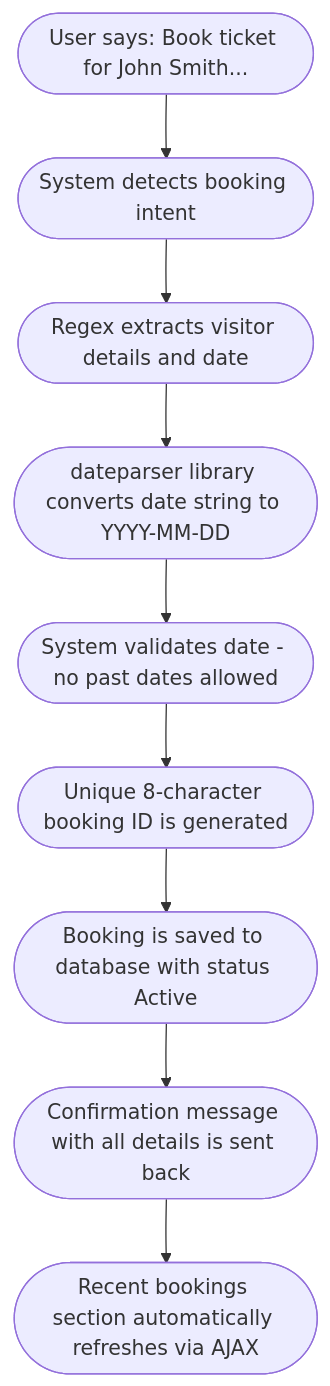
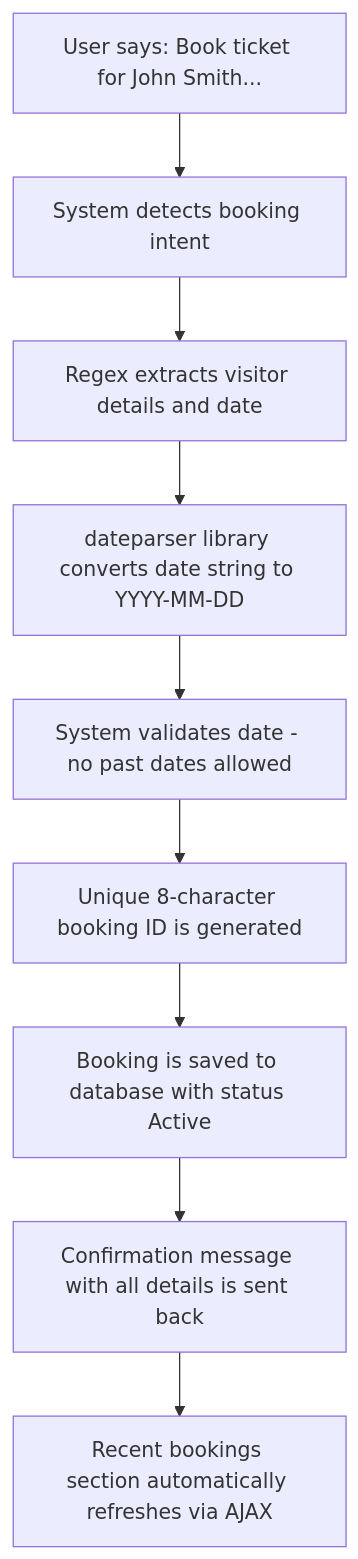
One commit to chaitanyasaiyerra/Musuem-chatbot changed the sixth of 15 diagrams in STEP_BY_STEP_GUIDE.md. Above: the diagram before and after it, drawn with Mermaid. The commit also changed other lines of this file and 1 other file, not shown here.

Commit message:
docs: wrap mermaid nodes in standard boxes with quotes to prevent text wrapping

````diff
--- a/STEP_BY_STEP_GUIDE.md
+++ b/STEP_BY_STEP_GUIDE.md
@@ -95,11 +95,11 @@
 ```mermaid
 graph TD
-    A([User says: Book ticket for John Smith...]) --> B([System detects booking intent])
-    B --> C([Regex extracts visitor details and date])
-    C --> D([dateparser library converts date string to YYYY-MM-DD])
-    D --> E([System validates date - no past dates allowed])
-    E --> F([Unique 8-character booking ID is generated])
-    F --> G([Booking is saved to database with status Active])
-    G --> H([Confirmation message with all details is sent back])
-    H --> I([Recent bookings section automatically refreshes via AJAX])
+    A["User says: Book ticket for John Smith..."] --> B["System detects booking intent"]
+    B --> C["Regex extracts visitor details and date"]
+    C --> D["dateparser library converts date string to YYYY-MM-DD"]
+    D --> E["System validates date - no past dates allowed"]
+    E --> F["Unique 8-character booking ID is generated"]
+    F --> G["Booking is saved to database with status Active"]
+    G --> H["Confirmation message with all details is sent back"]
+    H --> I["Recent bookings section automatically refreshes via AJAX"]
 ```
````
